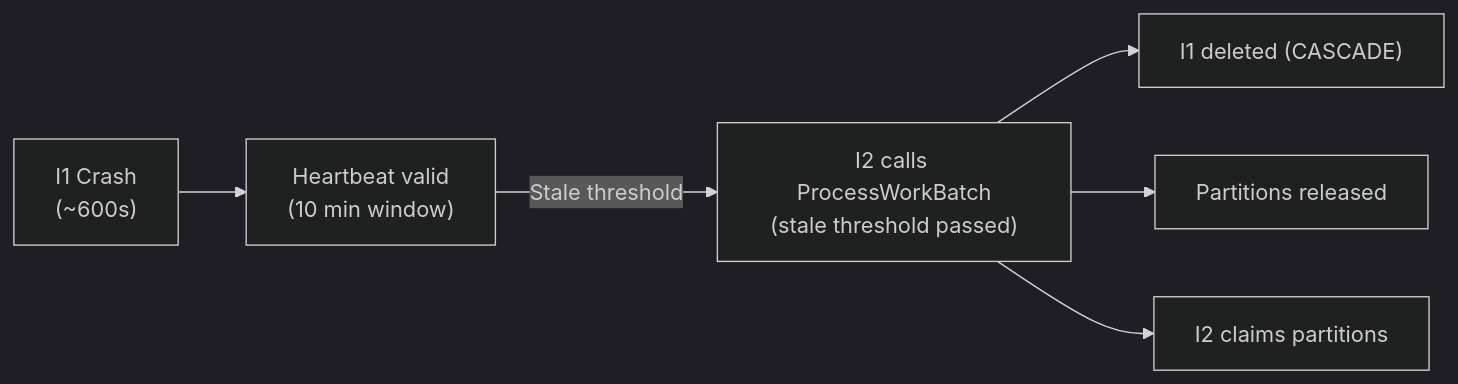
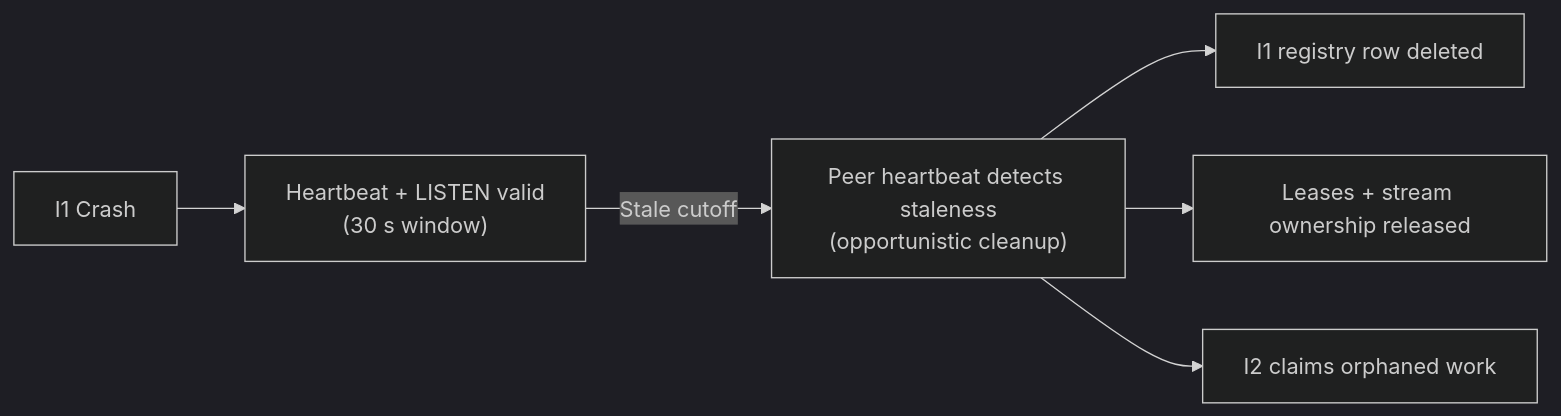
Before and after one commit to whizbang-lib/whizbang-lib.github.io: the third of 12 diagrams in src/assets/docs/v1.0.0/messaging/multi-instance-coordination.md, drawn with Mermaid (dark theme). The commit also changed other lines of this file and 7 other files, not shown here.

````diff
--- a/src/assets/docs/v1.0.0/messaging/multi-instance-coordination.md
+++ b/src/assets/docs/v1.0.0/messaging/multi-instance-coordination.md
@@ -110,19 +123,19 @@
 ```mermaid
 flowchart LR
-    Crash["I1 Crash<br/>(~600s)"]
-    Valid["Heartbeat valid<br/>(10 min window)"]
-    Call["I2 calls ProcessWorkBatch<br/>(stale threshold passed)"]
-    Del["I1 deleted (CASCADE)"]
-    Rel["Partitions released"]
-    Claim["I2 claims partitions"]
+    Crash["I1 Crash"]
+    Valid["Heartbeat + LISTEN valid<br/>(30 s window)"]
+    Call["Peer heartbeat detects staleness<br/>(opportunistic cleanup)"]
+    Del["I1 registry row deleted"]
+    Rel["Leases + stream ownership released"]
+    Claim["I2 claims orphaned work"]
 
     Crash --> Valid
-    Valid -->|"Stale threshold"| Call
+    Valid -->|"Stale cutoff"| Call
     Call --> Del
     Call --> Rel
     Call --> Claim
 
     class Crash layer-event
     class Valid,Call layer-command
     class Del,Rel,Claim layer-core
 ```
````
